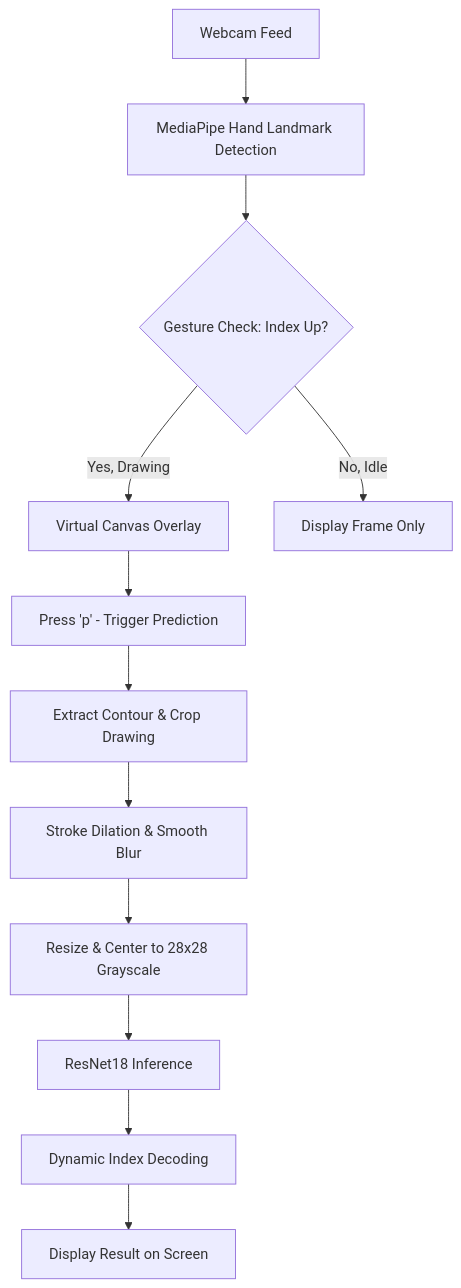
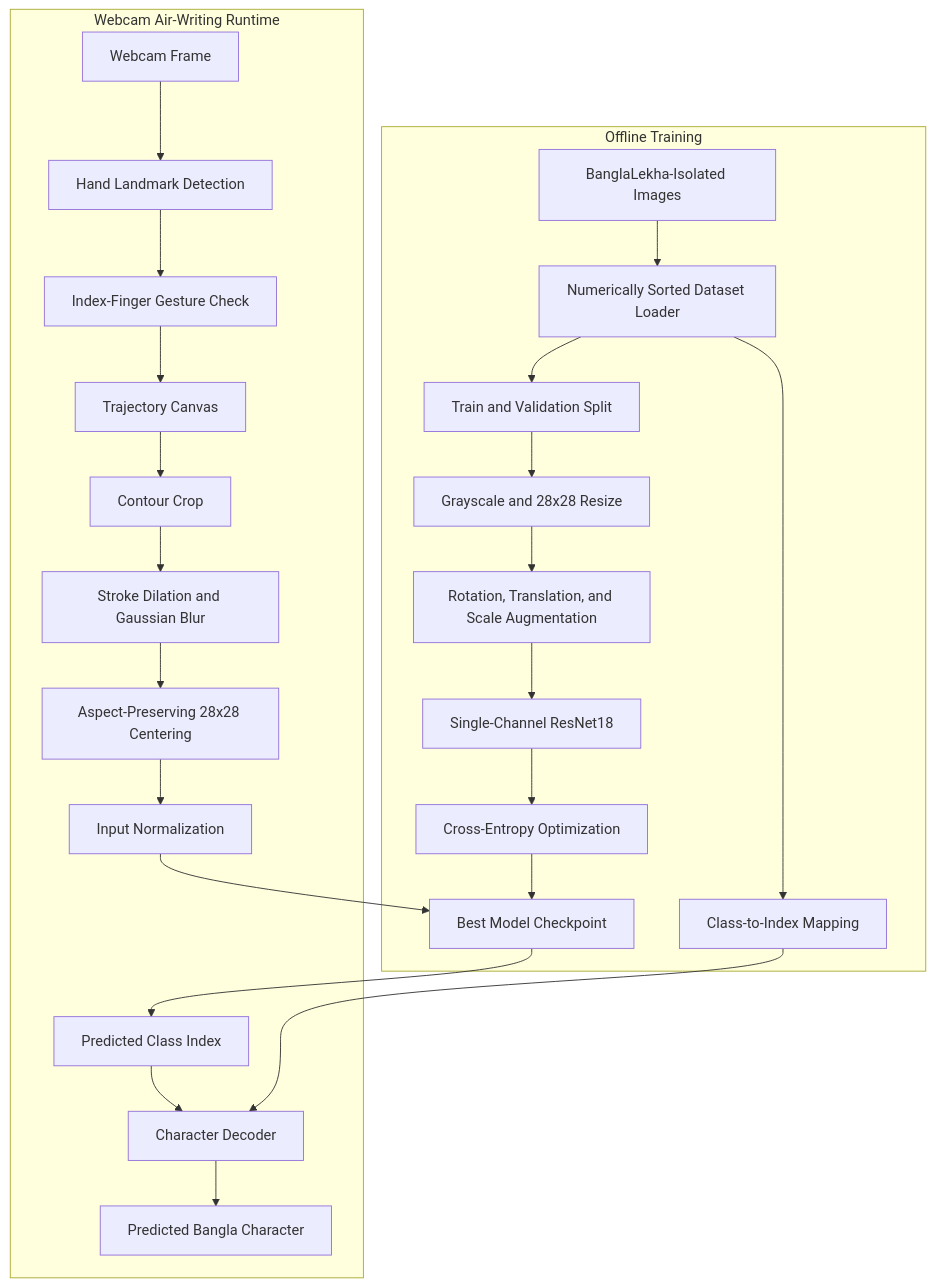
One commit to anushka06onu/Air-writing-bangla-character-recognition changed the diagram in README.md. Above: the diagram before and after it, drawn with Mermaid. The commit also changed other lines of this file, not shown here.

````diff
--- a/README.md
+++ b/README.md
@@ -33,14 +49,28 @@
 ```mermaid
-graph TD
-    A[Webcam Feed] --> B[MediaPipe Hand Landmark Detection]
-    B --> C{Gesture Check: Index Up?}
-    C -->|Yes, Drawing| D[Virtual Canvas Overlay]
-    C -->|No, Idle| E[Display Frame Only]
-    D --> F[Press 'p' - Trigger Prediction]
-    F --> G[Extract Contour & Crop Drawing]
-    G --> H[Stroke Dilation & Smooth Blur]
-    H --> I[Resize & Center to 28x28 Grayscale]
-    I --> J[ResNet18 Inference]
-    J --> K[Dynamic Index Decoding]
-    K --> L[Display Result on Screen]
+flowchart TB
+    subgraph Training[Offline Training]
+        A[BanglaLekha-Isolated Images] --> B[Numerically Sorted Dataset Loader]
+        B --> C[Train and Validation Split]
+        C --> D[Grayscale and 28x28 Resize]
+        D --> E[Rotation, Translation, and Scale Augmentation]
+        E --> F[Single-Channel ResNet18]
+        F --> G[Cross-Entropy Optimization]
+        G --> H[Best Model Checkpoint]
+        B --> I[Class-to-Index Mapping]
+    end
+
+    subgraph Runtime[Webcam Air-Writing Runtime]
+        J[Webcam Frame] --> K[Hand Landmark Detection]
+        K --> L[Index-Finger Gesture Check]
+        L --> M[Trajectory Canvas]
+        M --> N[Contour Crop]
+        N --> O[Stroke Dilation and Gaussian Blur]
+        O --> P[Aspect-Preserving 28x28 Centering]
+        P --> Q[Input Normalization]
+        Q --> H
+        H --> R[Predicted Class Index]
+        I --> S[Character Decoder]
+        R --> S
+        S --> T[Predicted Bangla Character]
+    end
 ```
````
